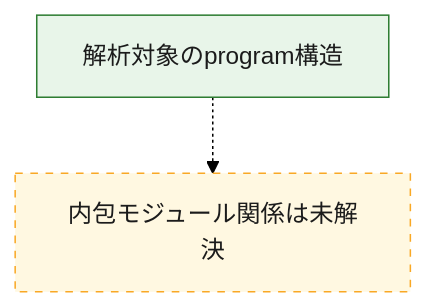
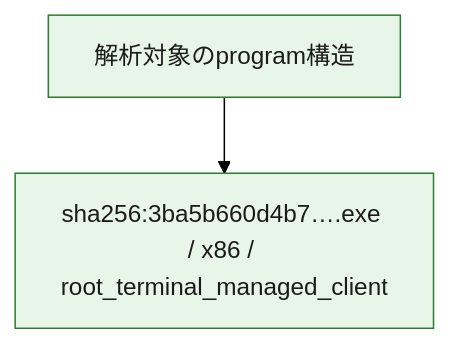
Before and after one commit to proshiba/AI-security-analysis: the third of 3 diagrams in analysis-results/malware/asyncrat/versions/unknown/cases/3ba5b660d4b77aafbcb28f027a8ec60735eaf98511b9f566ae0a6447bce836a4/OVERALL-LOGIC.md, drawn with Mermaid (forest theme). The commit also changed other lines of this file and 1412 other files, not shown here.

````diff
--- a/analysis-results/malware/asyncrat/versions/unknown/cases/3ba5b660d4b77aafbcb28f027a8ec60735eaf98511b9f566ae0a6447bce836a4/OVERALL-LOGIC.md
+++ b/analysis-results/malware/asyncrat/versions/unknown/cases/3ba5b660d4b77aafbcb28f027a8ec60735eaf98511b9f566ae0a6447bce836a4/OVERALL-LOGIC.md
@@ -45,10 +45,10 @@
 ```mermaid
 flowchart TD
   module_scope["解析対象のprogram構造"]
-  module_unknown["内包モジュール関係は未解決"]
-  module_scope -.-> module_unknown
+  module_01["sha256:3ba5b660d4b7….exe / x86 / root_terminal_managed_client"]
+  module_scope --> module_01
   class module_scope confirmed
-  class module_unknown unresolved
+  class module_01 confirmed
   classDef confirmed fill:#e8f5e9,stroke:#2e7d32,color:#1b1b1b
   classDef unresolved fill:#fff8e1,stroke:#f9a825,color:#1b1b1b,stroke-dasharray:5 5
 ```
````
